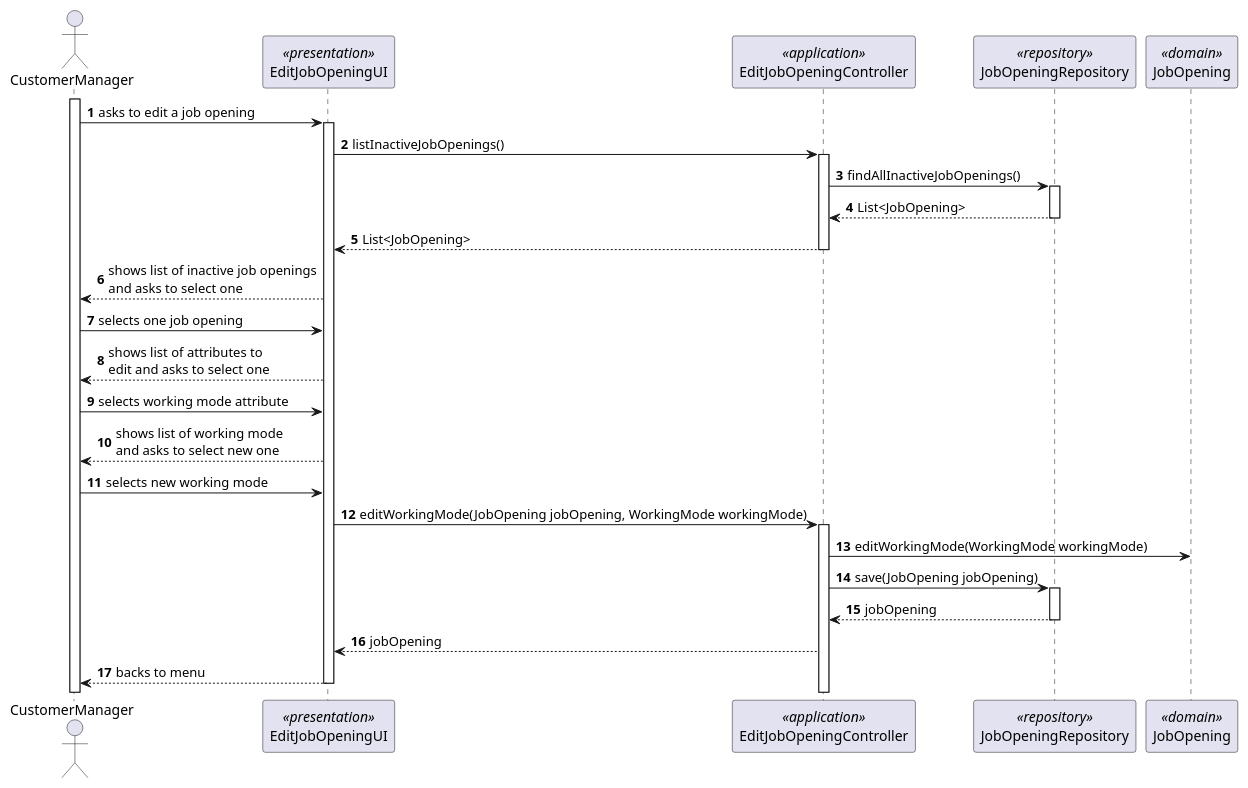
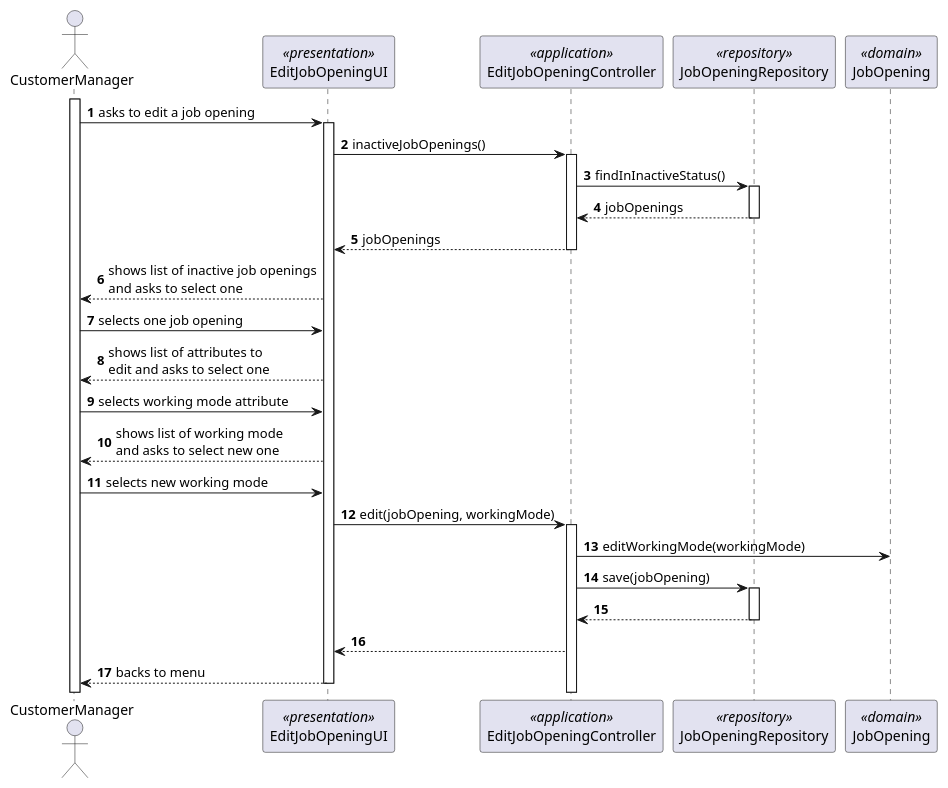
Before and after one commit to Rodrick0209/ISEP-SEM4PI-23-24: the diagram in docs/SprintC/us1004/SD/SD-Edit-Working-Mode.puml, drawn with PlantUML. The commit also changed 15 other files, not shown here.

```diff
--- a/docs/SprintC/us1004/SD/SD-Edit-Working-Mode.puml
+++ b/docs/SprintC/us1004/SD/SD-Edit-Working-Mode.puml
@@ -1,40 +1,40 @@
 @startuml
 'https://plantuml.com/sequence-diagram
 
 autonumber
 
 actor CustomerManager
 participant EditJobOpeningUI <<presentation>>
 participant EditJobOpeningController <<application>>
 participant JobOpeningRepository <<repository>>
 participant JobOpening <<domain>>
 
 activate CustomerManager
 CustomerManager -> EditJobOpeningUI : asks to edit a job opening
 activate EditJobOpeningUI
-EditJobOpeningUI -> EditJobOpeningController : listInactiveJobOpenings()
+EditJobOpeningUI -> EditJobOpeningController : inactiveJobOpenings()
 activate EditJobOpeningController
-EditJobOpeningController -> JobOpeningRepository : findAllInactiveJobOpenings()
+EditJobOpeningController -> JobOpeningRepository : findInInactiveStatus()
 activate JobOpeningRepository
-JobOpeningRepository --> EditJobOpeningController : List<JobOpening>
+JobOpeningRepository --> EditJobOpeningController : jobOpenings
 deactivate JobOpeningRepository
-EditJobOpeningController --> EditJobOpeningUI : List<JobOpening>
+EditJobOpeningController --> EditJobOpeningUI : jobOpenings
 deactivate EditJobOpeningController
 EditJobOpeningUI --> CustomerManager : shows list of inactive job openings\nand asks to select one
 CustomerManager -> EditJobOpeningUI : selects one job opening
 EditJobOpeningUI --> CustomerManager : shows list of attributes to\nedit and asks to select one
 CustomerManager -> EditJobOpeningUI : selects working mode attribute
 EditJobOpeningUI --> CustomerManager : shows list of working mode\nand asks to select new one
 CustomerManager -> EditJobOpeningUI : selects new working mode
-EditJobOpeningUI -> EditJobOpeningController : editWorkingMode(JobOpening jobOpening, WorkingMode workingMode)
+EditJobOpeningUI -> EditJobOpeningController : edit(jobOpening, workingMode)
 activate EditJobOpeningController
-EditJobOpeningController -> JobOpening : editWorkingMode(WorkingMode workingMode)
-EditJobOpeningController -> JobOpeningRepository : save(JobOpening jobOpening)
+EditJobOpeningController -> JobOpening : editWorkingMode(workingMode)
+EditJobOpeningController -> JobOpeningRepository : save(jobOpening)
 activate JobOpeningRepository
-JobOpeningRepository --> EditJobOpeningController : jobOpening
+JobOpeningRepository --> EditJobOpeningController :
 deactivate JobOpeningRepository
-EditJobOpeningController --> EditJobOpeningUI : jobOpening
+EditJobOpeningController --> EditJobOpeningUI :
 EditJobOpeningUI --> CustomerManager : backs to menu
 deactivate EditJobOpeningUI
 
 @enduml
```
